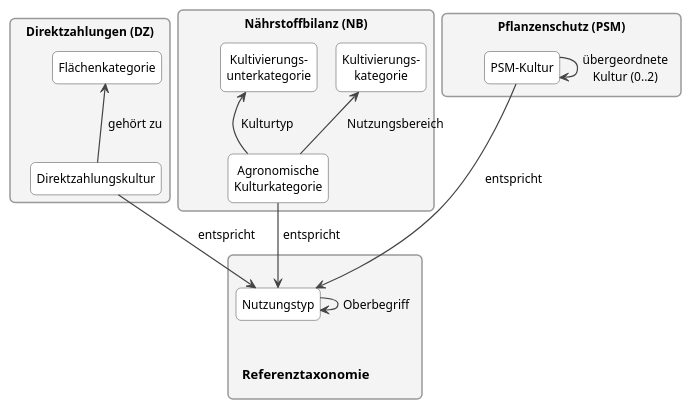
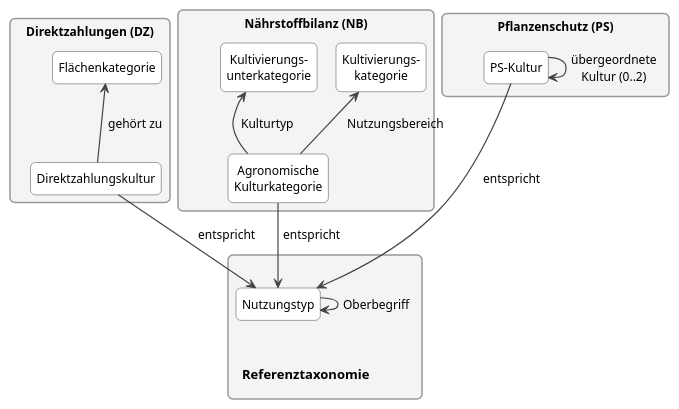
One commit to blw-ofag-ufag/eCH-0265 changed the diagram in docs/de/assets/puml/conceptual_model.puml. Above: the diagram before and after it, drawn with PlantUML. The commit also changed 7 other files, not shown here.

```diff
--- a/docs/de/assets/puml/conceptual_model.puml
+++ b/docs/de/assets/puml/conceptual_model.puml
@@ -3,52 +3,52 @@
 @startuml
 !pragma layout smetana
 skinparam shadowing false
 skinparam roundCorner 10
 skinparam packageStyle rectangle
 skinparam defaultFontSize 12
 skinparam Padding 3
 skinparam ArrowColor #444444
 skinparam ArrowThickness 1.2
 skinparam classBorderColor #444444
 skinparam classBackgroundColor #FFFFFF
 skinparam packageBorderColor #999999
 skinparam packageBackgroundColor #F4F4F4
 skinparam classBorderColor<<label>> transparent
 skinparam classBackgroundColor<<label>> transparent
 skinparam classFontSize<<label>> 13
 hide <<label>> stereotype
 hide circle
 hide empty members
 
 package "Direktzahlungen (DZ)" as DZ {
   class "Flächenkategorie" as DZC
   class "Direktzahlungskultur" as DZK
   DZK -up-> DZC : gehört zu
 }
 
 package "Nährstoffbilanz (NB)" as NB {
   class "Kultivierungs-\nkategorie" as NBC
   class "Kultivierungs-\nunterkategorie" as NBS
   class "Agronomische\nKulturkategorie" as NBK
   NBK -up-> NBC : Nutzungsbereich
   NBK -up-> NBS : Kulturtyp
 }
 
-package "Pflanzenschutz (PSM)" as PSM {
-  class "PSM-Kultur" as PSMK
-  PSMK --> PSMK : übergeordnete\nKultur (0..2)
+package "Pflanzenschutz (PS)" as PS {
+  class "PS-Kultur" as PSK
+  PSK --> PSK : übergeordnete\nKultur (0..2)
 }
 
 package " " as REF {
   class "Nutzungstyp" as NT
   class "<b>Referenztaxonomie</b>" as REFL <<label>>
   NT --> NT : Oberbegriff
   NT -[hidden]down- REFL
 }
 
 DZK --> NT : entspricht
 NBK --> NT : entspricht
-PSMK --> NT : entspricht
+PSK --> NT : entspricht
 DZ -[hidden]right- NB
-NB -[hidden]right- PSM
+NB -[hidden]right- PS
 @enduml
```
